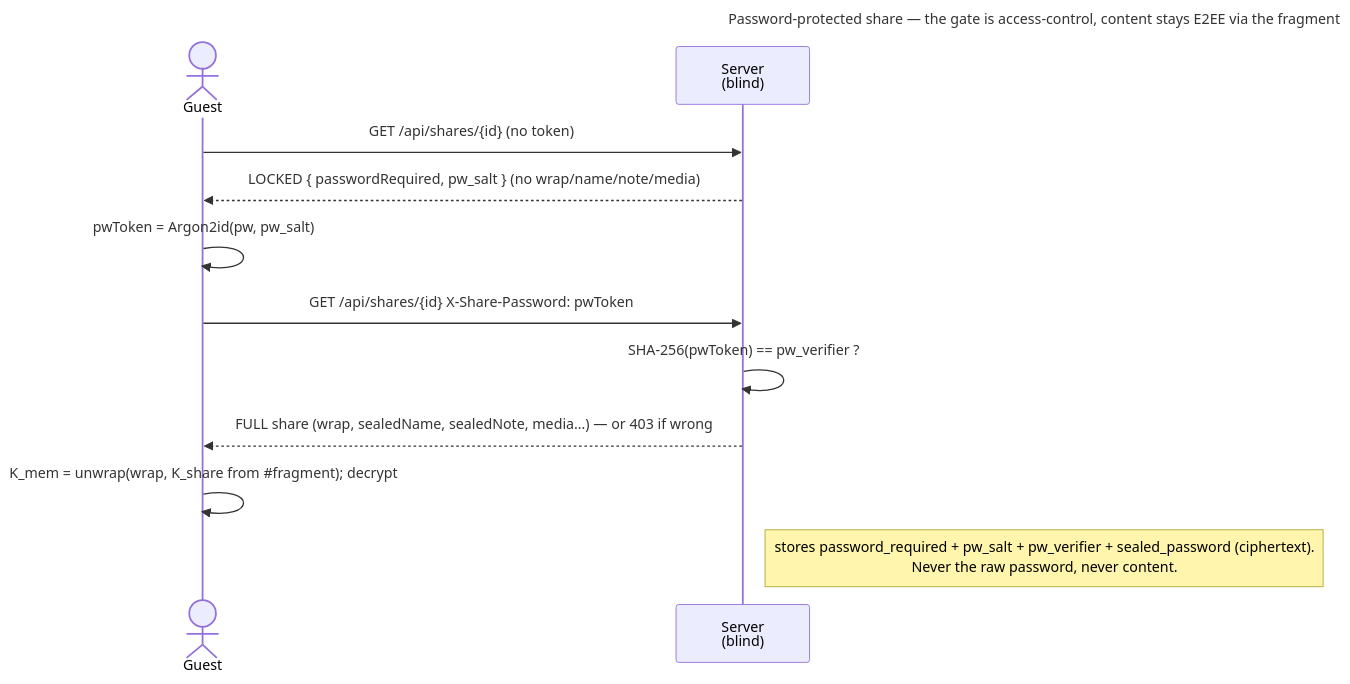
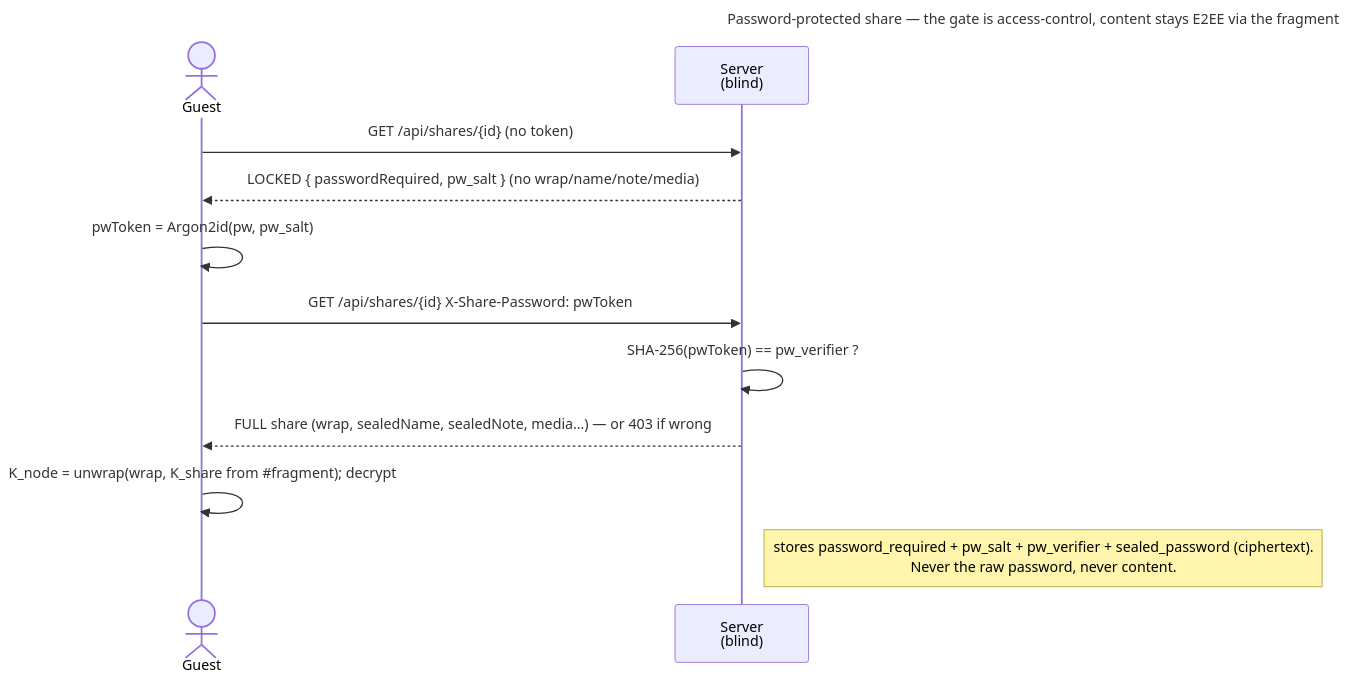
One commit to raddatzk/veyq changed the diagram in docs/features/sharing/use-cases/uc.sharing.share-password.md. Above: the diagram before and after it, drawn with Mermaid. The commit also changed other lines of this file and 61 other files, not shown here.

Commit message:
docs: the node content key is K_node in ADRs, use-cases, enablers and coverage (cr-k-mem-becomes-k-node phase 2)

````diff
--- a/docs/features/sharing/use-cases/uc.sharing.share-password.md
+++ b/docs/features/sharing/use-cases/uc.sharing.share-password.md
@@ -44,16 +44,16 @@
 ```mermaid
 ---
 title: Password-protected share — the gate is access-control, content stays E2EE via the fragment
 ---
 sequenceDiagram
   actor V as Guest
   participant S as Server<br>(blind)
   V->>S: GET /api/shares/{id}   (no token)
   S-->>V: LOCKED { passwordRequired, pw_salt }   (no wrap/name/note/media)
   V->>V: pwToken = Argon2id(pw, pw_salt)
   V->>S: GET /api/shares/{id}   X-Share-Password: pwToken
   S->>S: SHA-256(pwToken) == pw_verifier ?
   S-->>V: FULL share (wrap, sealedName, sealedNote, media…)  — or 403 if wrong
-  V->>V: K_mem = unwrap(wrap, K_share from #35;fragment)#59; decrypt
+  V->>V: K_node = unwrap(wrap, K_share from #35;fragment)#59; decrypt
   Note right of S: stores password_required + pw_salt + pw_verifier + sealed_password (ciphertext).<br>Never the raw password, never content.
 ```
````
